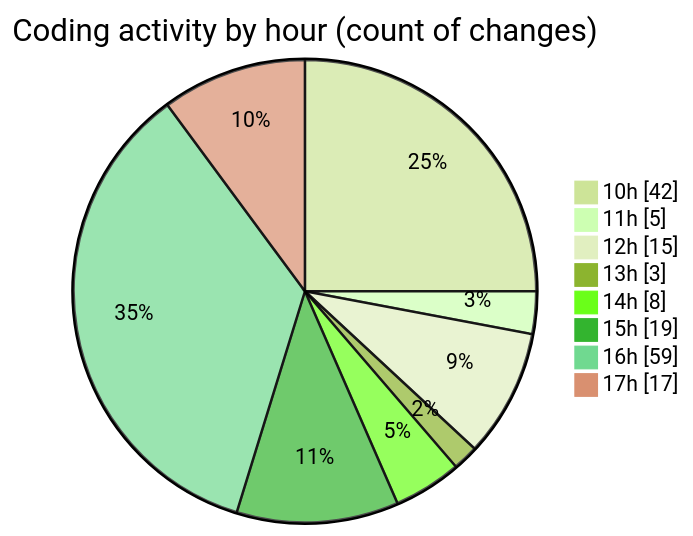
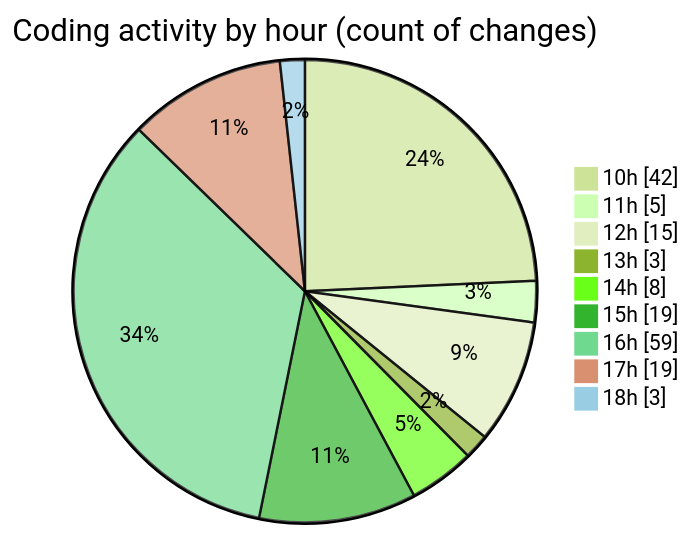
Before and after one commit to nxtqubesakshisongat/code-tracking: the second of 2 diagrams in 2025-08-04/nxtqube_webapp/README.md, drawn with Mermaid (forest theme). The commit also changed other lines of this file and 1 other file, not shown here.

````diff
--- a/2025-08-04/nxtqube_webapp/README.md
+++ b/2025-08-04/nxtqube_webapp/README.md
@@ -51,12 +53,13 @@
 ```mermaid
 pie showData
 title Coding activity by hour (count of changes)
 "10h" : 42
 "11h" : 5
 "12h" : 15
 "13h" : 3
 "14h" : 8
 "15h" : 19
 "16h" : 59
-"17h" : 17
+"17h" : 19
+"18h" : 3
 ```
````
